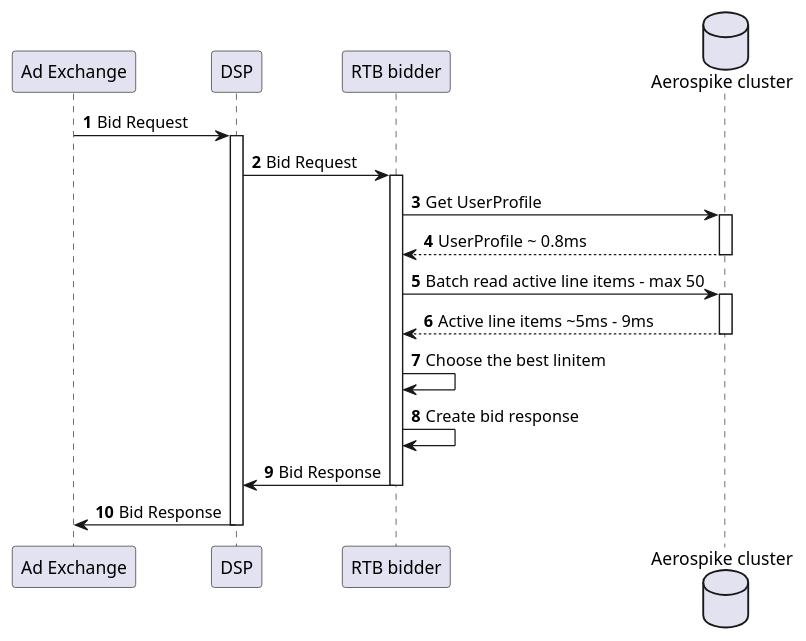
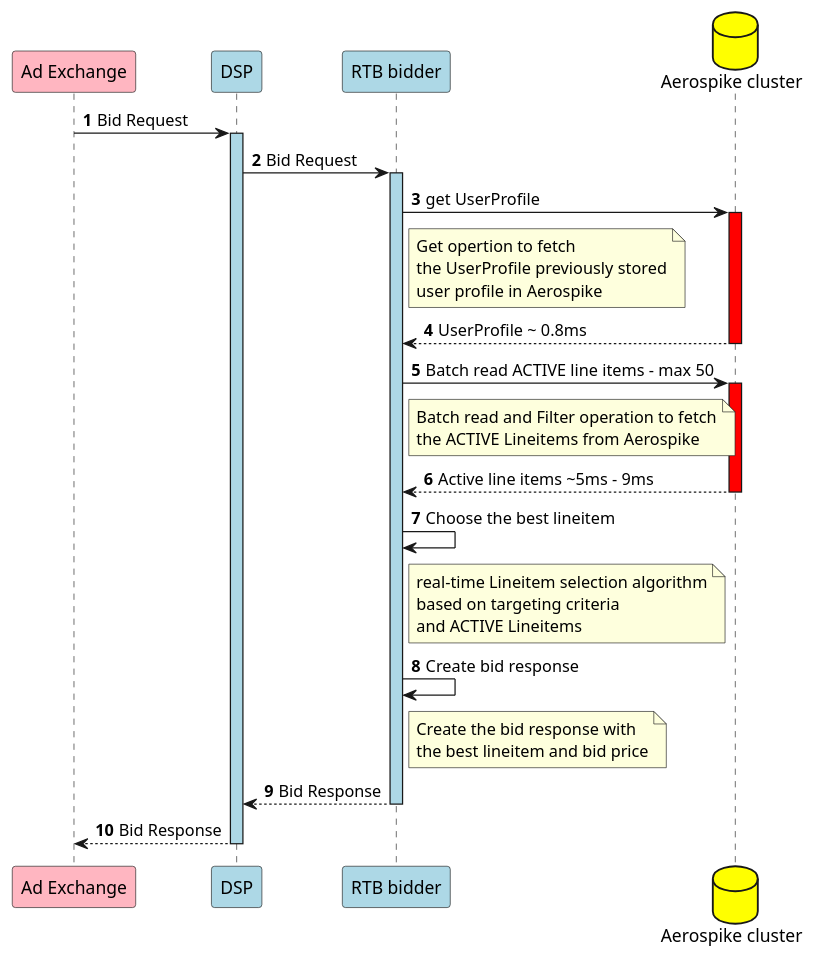
One commit to aerospike-examples/UseCases changed the diagram in AdTech/architecture/model/rtb-sequence.puml. Above: the diagram before and after it, drawn with PlantUML. The commit also changed 4 other files, not shown here.

Commit message:
small updates to architecture dirgrams and code clarity

```diff
--- a/AdTech/architecture/model/rtb-sequence.puml
+++ b/AdTech/architecture/model/rtb-sequence.puml
@@ -1,37 +1,42 @@
 @startuml
+!pragma teoz true
 
-participant "Ad Exchange" as adExchange
-participant "DSP" as dsp
-participant "RTB bidder" as rtbBidder
-Database "Aerospike cluster" as aerospike
+participant "Ad Exchange" as adExchange #Lightpink
+participant "DSP" as dsp #LightBlue
+participant "RTB bidder" as rtbBidder #LightBlue
+Database "Aerospike cluster" as aerospike  #yellow
 
 autonumber
 
 
 
 adExchange -> dsp: Bid Request
-activate dsp
+activate dsp #LightBlue
 dsp -> rtbBidder: Bid Request
-activate rtbBidder
-rtbBidder -> aerospike: Get UserProfile
-activate aerospike
+activate rtbBidder #LightBlue
+rtbBidder -> aerospike: get UserProfile 
+note right of rtbBidder: Get opertion to fetch\nthe UserProfile previously stored\nuser profile in Aerospike
+activate aerospike #red
 aerospike --> rtbBidder: UserProfile ~ 0.8ms
 deactivate aerospike
-rtbBidder -> aerospike: Batch read active line items - max 50
-activate aerospike
-aerospike --> rtbBidder: Active line items ~5ms - 9ms
+rtbBidder -> aerospike: Batch read ACTIVE line items - max 50
+note right of rtbBidder: Batch read and Filter operation to fetch\nthe ACTIVE Lineitems from Aerospike
+activate aerospike #red
+aerospike --> rtbBidder: Active line items ~5ms - 9ms 
 deactivate aerospike
 
-rtbBidder -> rtbBidder: Choose the best linitem
+rtbBidder -> rtbBidder: Choose the best lineitem
+note right of rtbBidder: real-time Lineitem selection algorithm\nbased on targeting criteria\nand ACTIVE Lineitems
 
 rtbBidder -> rtbBidder: Create bid response
+note right of rtbBidder: Create the bid response with\nthe best lineitem and bid price
 
-rtbBidder -> dsp: Bid Response
+rtbBidder --> dsp: Bid Response
 deactivate rtbBidder
-dsp -> adExchange: Bid Response
+dsp --> adExchange: Bid Response
 deactivate dsp
 
 
 
 
 @enduml
```
